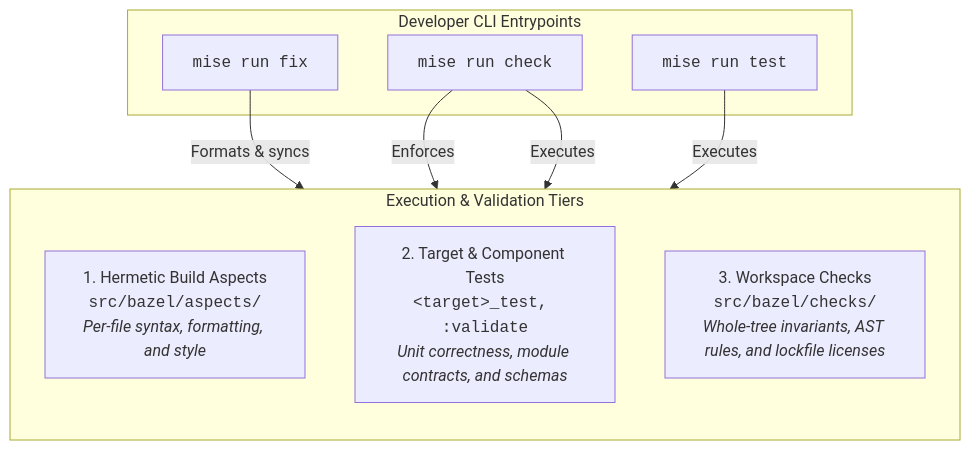
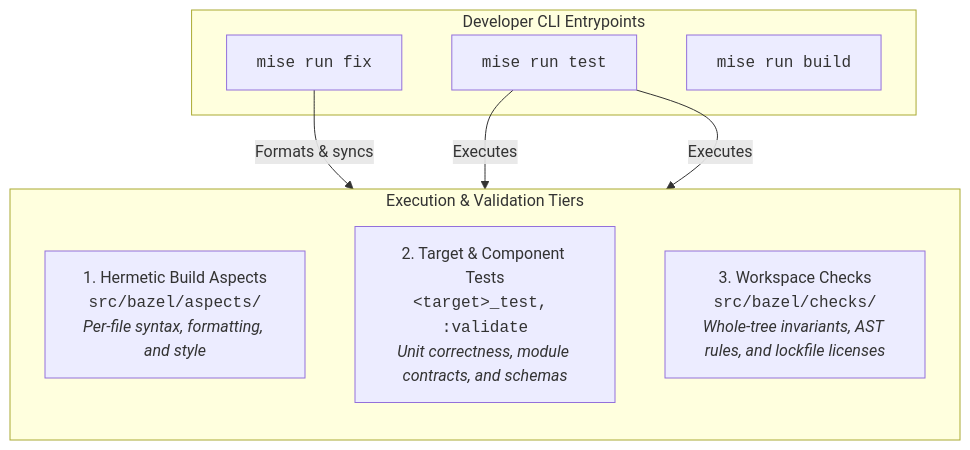
The first of 2 diagrams in src/bazel/docs/architecture.md (simonepri/openplex), drawn with Mermaid before and after one commit. The commit also changed other lines of this file and 158 other files, not shown here.

Commit message:
fix(platform): vendor helm charts, refresh dependencies, and update documentation

````diff
--- a/src/bazel/docs/architecture.md
+++ b/src/bazel/docs/architecture.md
@@ -9,20 +9,19 @@
 ```mermaid
 flowchart TD
     subgraph Execution["Execution & Validation Tiers"]
         direction TB
         A["1. Hermetic Build Aspects<br/><code>src/bazel/aspects/</code><br/><i>Per-file syntax, formatting, and style</i>"]
         B["2. Target & Component Tests<br/><code>&lt;target&gt;_test, :validate</code><br/><i>Unit correctness, module contracts, and schemas</i>"]
         C["3. Workspace Checks<br/><code>src/bazel/checks/</code><br/><i>Whole-tree invariants, AST rules, and lockfile licenses</i>"]
     end
 
     subgraph Entrypoints["Developer CLI Entrypoints"]
         E["<code>mise run fix</code>"]
-        F["<code>mise run check</code>"]
         G["<code>mise run test</code>"]
+        H["<code>mise run build</code>"]
     end
 
     E -->|Formats & syncs| A
-    F -->|Enforces| A
-    F -->|Executes| C
     G -->|Executes| B
+    G -->|Executes| C
 ```
````
